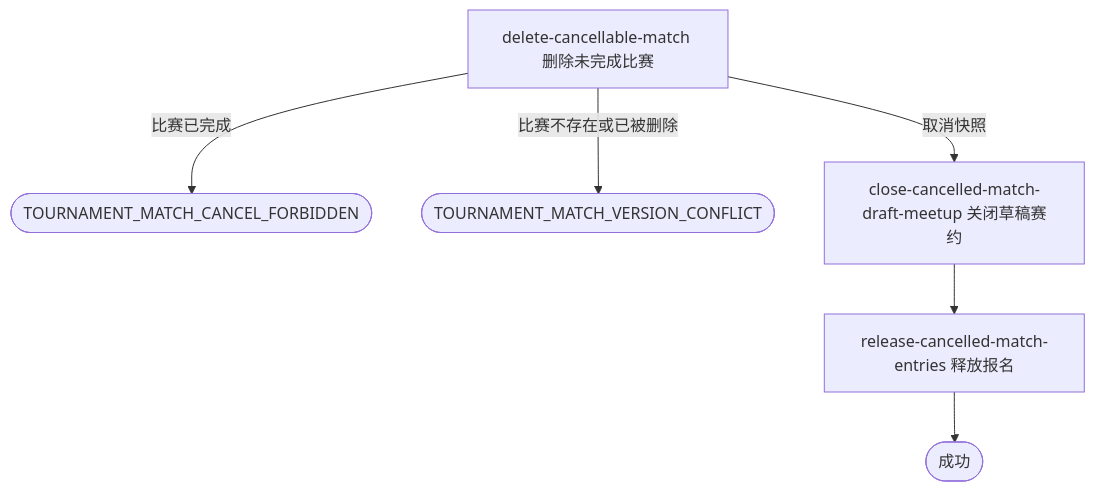
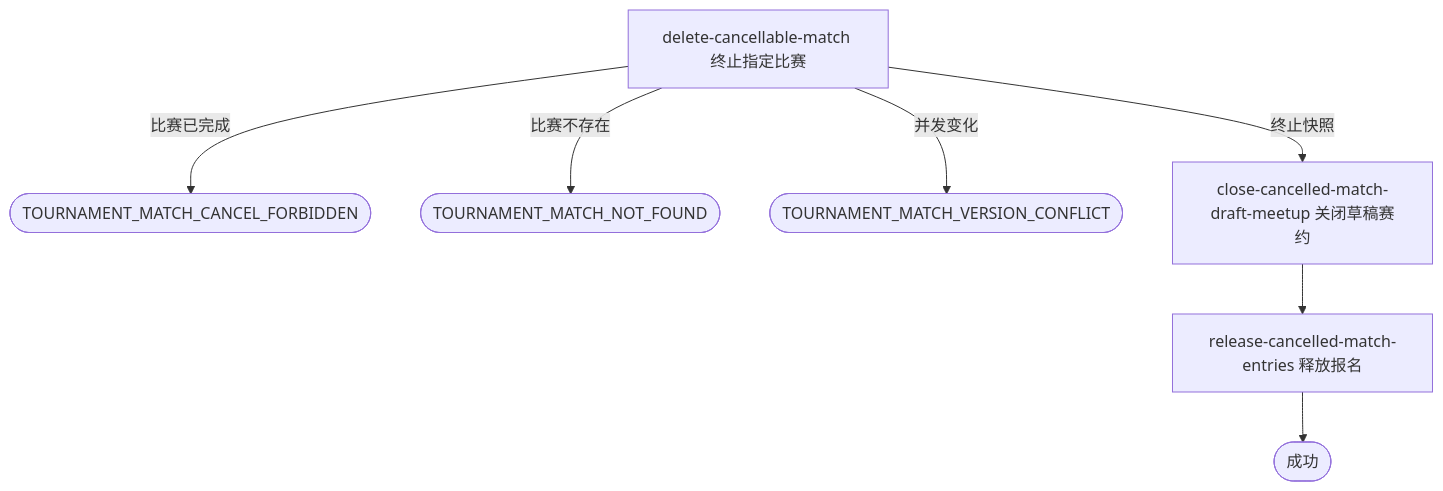
Before and after one commit to chxt100016/Rally: the diagram in blueprint/spec/tournament/single-match-cancel/cancel-single-match.md, drawn with Mermaid. The commit also changed other lines of this file and 46 other files, not shown here.

````diff
--- a/blueprint/spec/tournament/single-match-cancel/cancel-single-match.md
+++ b/blueprint/spec/tournament/single-match-cancel/cancel-single-match.md
@@ -36,8 +36,9 @@
 ```mermaid
 flowchart TD
-    A[delete-cancellable-match 删除未完成比赛] -->|比赛已完成| F1([TOURNAMENT_MATCH_CANCEL_FORBIDDEN])
-    A -->|比赛不存在或已被删除| F2([TOURNAMENT_MATCH_VERSION_CONFLICT])
-    A -->|取消快照| B[close-cancelled-match-draft-meetup 关闭草稿赛约]
+    A[delete-cancellable-match 终止指定比赛] -->|比赛已完成| F1([TOURNAMENT_MATCH_CANCEL_FORBIDDEN])
+    A -->|比赛不存在| F2([TOURNAMENT_MATCH_NOT_FOUND])
+    A -->|并发变化| F3([TOURNAMENT_MATCH_VERSION_CONFLICT])
+    A -->|终止快照| B[close-cancelled-match-draft-meetup 关闭草稿赛约]
     B --> C[release-cancelled-match-entries 释放报名]
     C --> S([成功])
 ```
````
